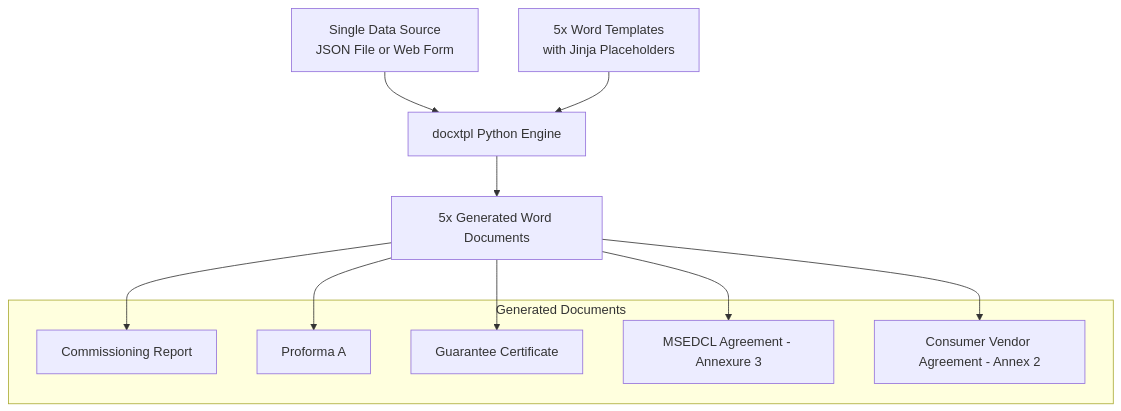
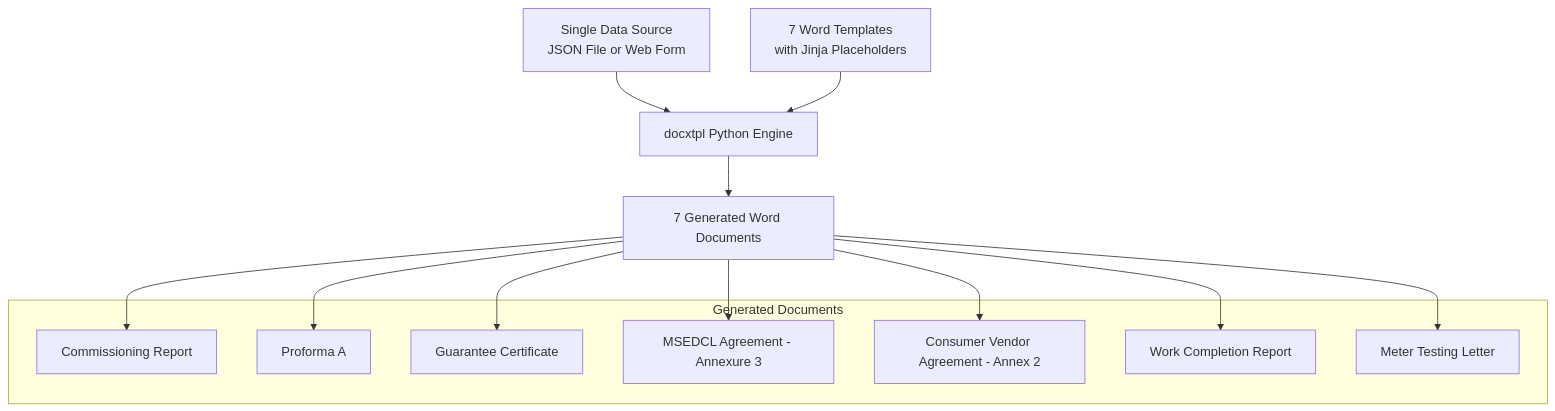
One commit to Ratnadeep-2007/multi_doc_writer changed the diagram in README.md. Above: the diagram before and after it, drawn with Mermaid. The commit also changed other lines of this file and 7 other files, not shown here.

````diff
--- a/README.md
+++ b/README.md
@@ -9,20 +9,24 @@
 ```mermaid
 graph TD
     Input[Single Data Source<br/>JSON File or Web Form] --> Engine[docxtpl Python Engine]
-    Templates[5x Word Templates<br/>with Jinja Placeholders] --> Engine
-    Engine --> Output[5x Generated Word Documents]
+    Templates[7 Word Templates<br/>with Jinja Placeholders] --> Engine
+    Engine --> Output[7 Generated Word Documents]
     
     subgraph "Generated Documents"
         Doc1[Commissioning Report]
         Doc2[Proforma A]
         Doc3[Guarantee Certificate]
         Doc4[MSEDCL Agreement - Annexure 3]
         Doc5[Consumer Vendor Agreement - Annex 2]
+        Doc6[Work Completion Report]
+        Doc7[Meter Testing Letter]
     end
     
     Output --> Doc1
     Output --> Doc2
     Output --> Doc3
     Output --> Doc4
     Output --> Doc5
+    Output --> Doc6
+    Output --> Doc7
 ```
````
